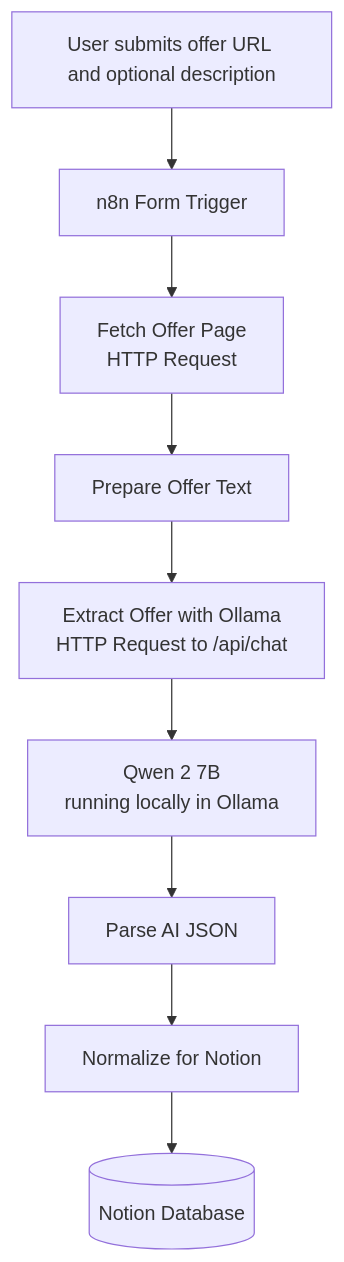
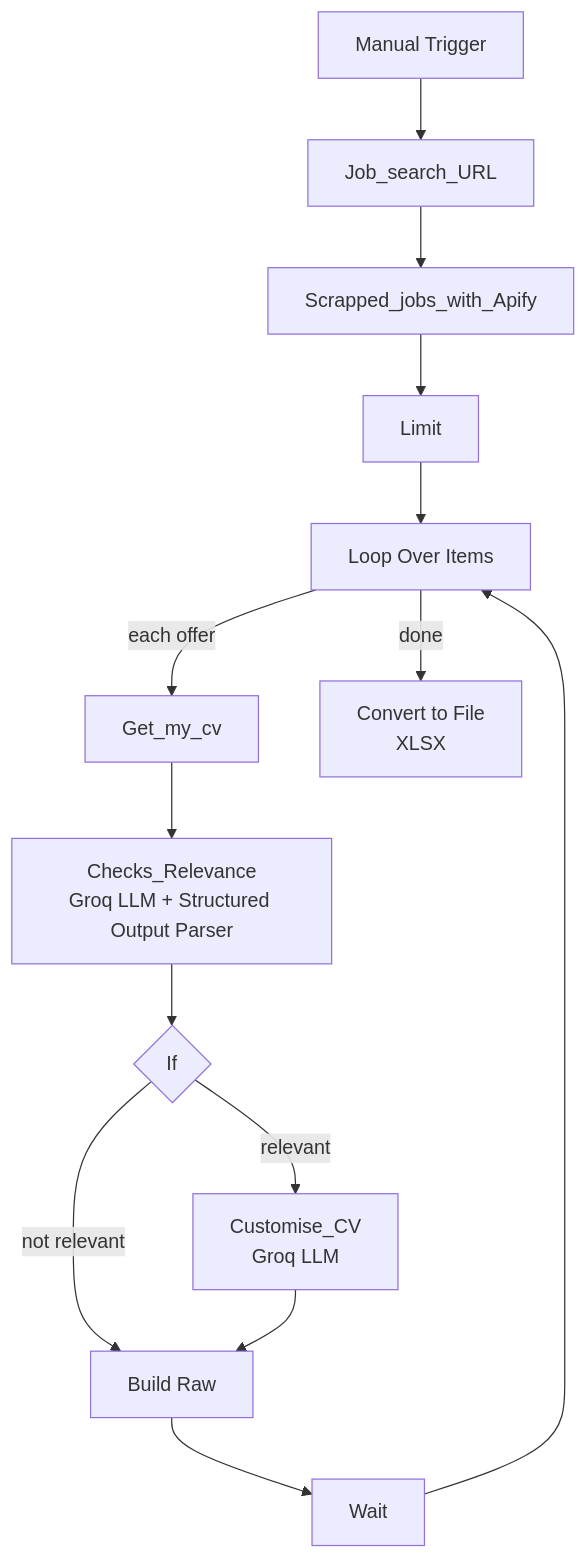
Before and after one commit to Werraoui/Offers_Guide_Workflow: the diagram in README.md, drawn with Mermaid. The commit also changed other lines of this file, not shown here.

````diff
--- a/README.md
+++ b/README.md
@@ -71,11 +36,16 @@
 ```mermaid
 flowchart TD
-    A[User submits offer URL and optional description] --> B[n8n Form Trigger]
-    B --> C[Fetch Offer Page<br/>HTTP Request]
-    C --> D[Prepare Offer Text]
-    D --> E[Extract Offer with Ollama<br/>HTTP Request to /api/chat]
-    E --> F[Qwen 2 7B<br/>running locally in Ollama]
-    F --> G[Parse AI JSON]
-    G --> H[Normalize for Notion]
-    H --> I[(Notion Database)]
+    A[Manual Trigger] --> B[Job_search_URL]
+    B --> C[Scrapped_jobs_with_Apify]
+    C --> D[Limit]
+    D --> E[Loop Over Items]
+    E -->|each offer| F[Get_my_cv]
+    F --> G[Checks_Relevance<br/>Groq LLM + Structured Output Parser]
+    G --> H{If}
+    H -->|relevant| I[Customise_CV<br/>Groq LLM]
+    H -->|not relevant| J[Build Raw]
+    I --> J
+    J --> K[Wait]
+    K --> E
+    E -->|done| L[Convert to File<br/>XLSX]
 ```
````
